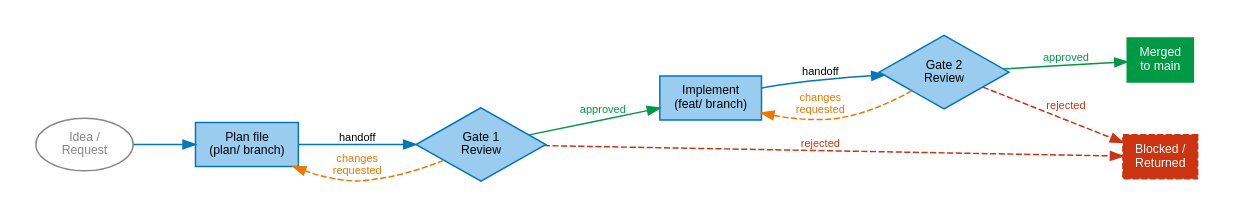
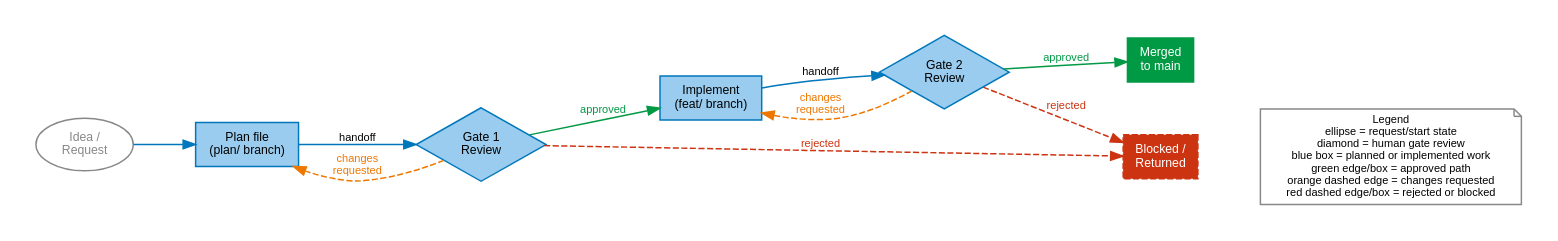
One commit to janipaijanen/agf-mirror changed the diagram in agf/docs/figures/src/gate-pipeline.dot. Above: the diagram before and after it, drawn with Graphviz. The commit also changed 23 other files, not shown here.

```diff
--- a/agf/docs/figures/src/gate-pipeline.dot
+++ b/agf/docs/figures/src/gate-pipeline.dot
@@ -1,37 +1,41 @@
 // SPDX-License-Identifier: CC-BY-SA-4.0
 // agents-govern: Gate 1 / Gate 2 pipeline
 // Generate: dot -Tsvg gate-pipeline.dot -o ../gate-pipeline.svg
 digraph gate_pipeline {
     graph [rankdir=LR, splines=spline, pad=0.3, nodesep=0.4, ranksep=0.7,
            fontname="Helvetica", fontsize=11]
     node  [fontname="Helvetica", fontsize=10, style=filled, shape=box,
            fillcolor="#99CCEE", color="#0077BB", penwidth=1.2]
     edge  [fontname="Helvetica", fontsize=9, color="#0077BB", penwidth=1.2]
 
     idea     [label="Idea /\nRequest", shape=ellipse, fillcolor=white,
               color="#888888", fontcolor="#888888"]
     plan     [label="Plan file\n(plan/ branch)"]
     gate1    [label="Gate 1\nReview", shape=diamond, fillcolor="#99CCEE",
               color="#0077BB"]
     impl     [label="Implement\n(feat/ branch)"]
     gate2    [label="Gate 2\nReview", shape=diamond, fillcolor="#99CCEE",
               color="#0077BB"]
     merged   [label="Merged\nto main", fillcolor="#009944", fontcolor=white,
               color="#009944"]
     blocked  [label="Blocked /\nReturned", fillcolor="#CC3311", fontcolor=white,
               color="#CC3311", style="filled,dashed"]
 
     idea  -> plan
     plan  -> gate1  [label="handoff"]
     gate1 -> impl   [label="approved", color="#009944", fontcolor="#009944"]
     gate1 -> plan   [label="changes\nrequested", style=dashed, color="#EE7700",
                      fontcolor="#EE7700"]
     gate1 -> blocked [label="rejected", style=dashed, color="#CC3311",
                       fontcolor="#CC3311"]
     impl  -> gate2  [label="handoff"]
     gate2 -> merged [label="approved", color="#009944", fontcolor="#009944"]
     gate2 -> impl   [label="changes\nrequested", style=dashed, color="#EE7700",
                      fontcolor="#EE7700"]
     gate2 -> blocked [label="rejected", style=dashed, color="#CC3311",
                       fontcolor="#CC3311"]
+
+    legend [label="Legend\nellipse = request/start state\ndiamond = human gate review\nblue box = planned or implemented work\ngreen edge/box = approved path\norange dashed edge = changes requested\nred dashed edge/box = rejected or blocked",
+            shape=note, fillcolor=white, color="#888888", fontsize=9]
+    blocked -> legend [style=invis]
 }
```
